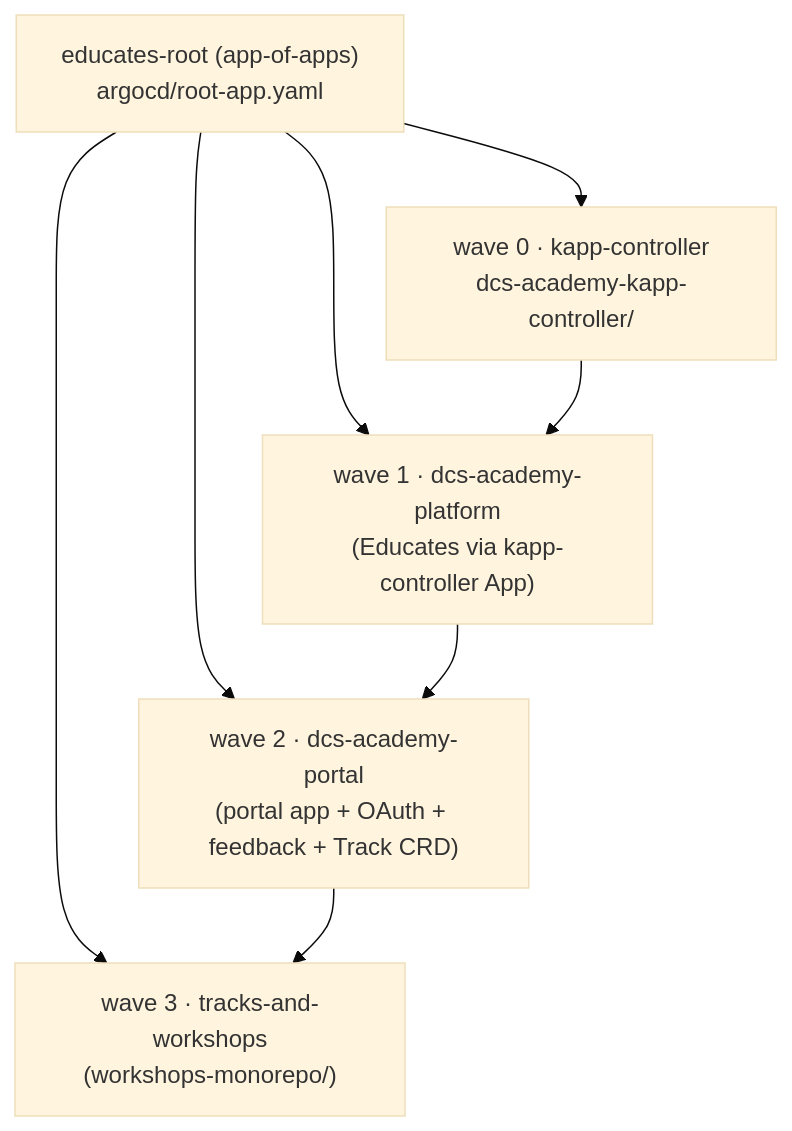
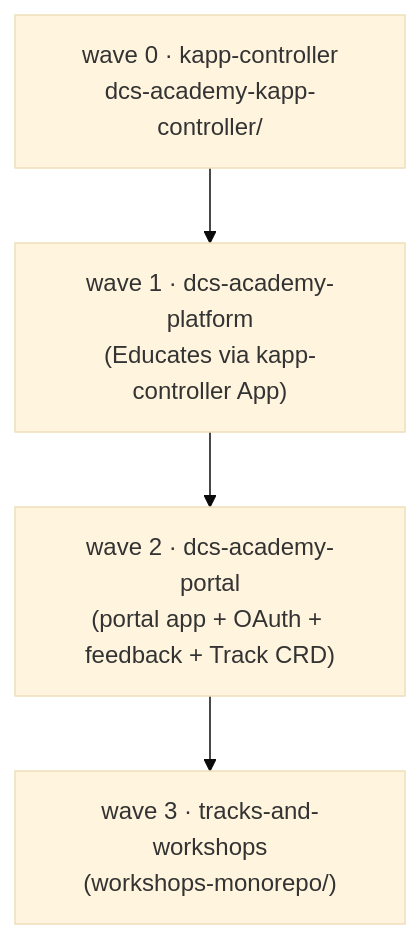
The first of 2 diagrams in dcs-academy-platform/architecture.md (rummens/Airbus-Educates), drawn with Mermaid (base theme) before and after one commit. The commit also changed other lines of this file and 22 other files, not shown here.

````diff
--- a/dcs-academy-platform/architecture.md
+++ b/dcs-academy-platform/architecture.md
@@ -25,13 +28,8 @@
 ```mermaid
 graph TD
-  root["educates-root (app-of-apps)<br/>argocd/root-app.yaml"]
-  root --> a1
-  root --> a2
-  root --> a3
-  root --> a4
   a1["wave 0 · kapp-controller<br/>dcs-academy-kapp-controller/"]
   a2["wave 1 · dcs-academy-platform<br/>(Educates via kapp-controller App)"]
   a3["wave 2 · dcs-academy-portal<br/>(portal app + OAuth + feedback + Track CRD)"]
   a4["wave 3 · tracks-and-workshops<br/>(workshops-monorepo/)"]
   a1 --> a2 --> a3 --> a4
 ```
````
